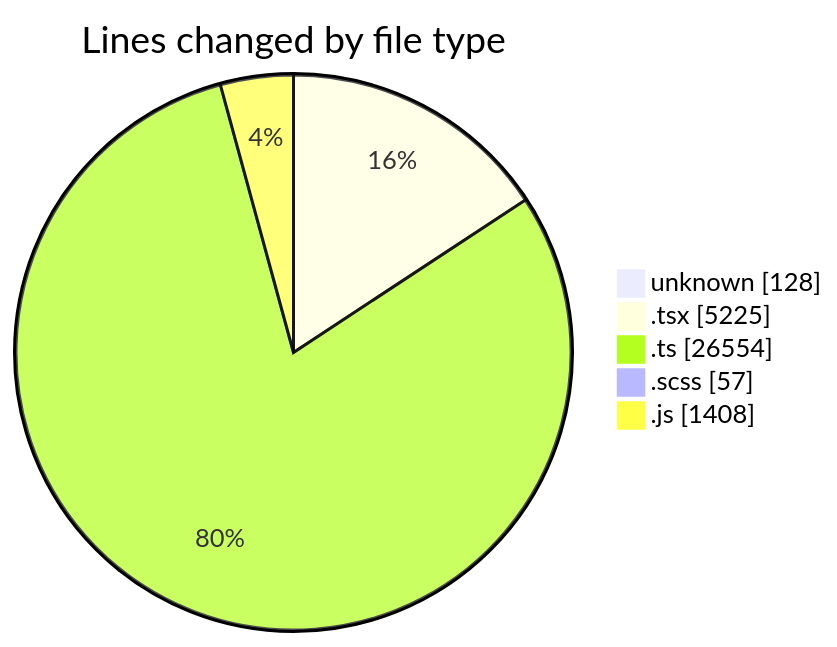
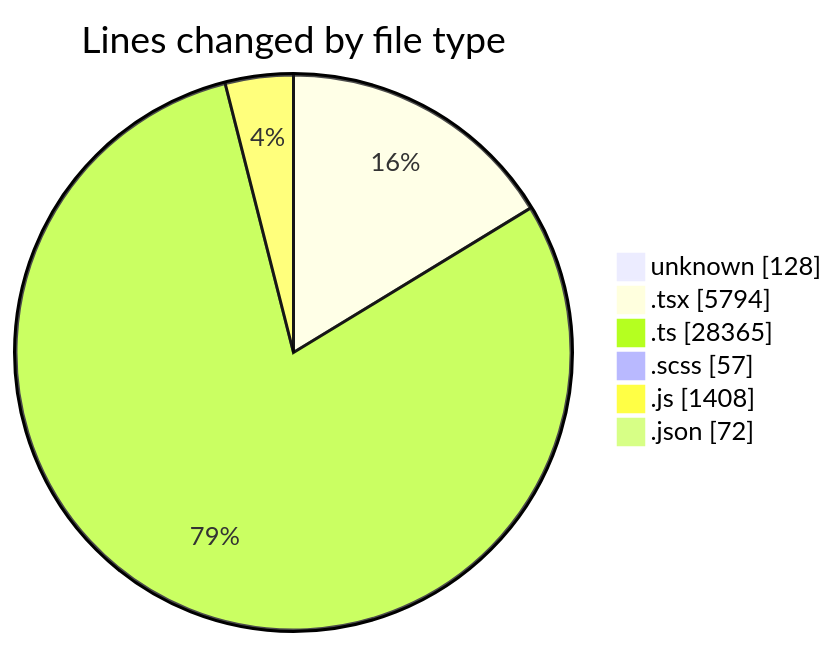
Before and after one commit to momahboobian/code-tracking: the first of 2 diagrams in 2026-09-23/cda/README.md, drawn with Mermaid. The commit also changed other lines of this file and 1 other file, not shown here.

````diff
--- a/2026-09-23/cda/README.md
+++ b/2026-09-23/cda/README.md
@@ -59,9 +60,10 @@
 ```mermaid
 pie showData
 title Lines changed by file type
 "unknown" : 128
-".tsx" : 5225
-".ts" : 26554
+".tsx" : 5794
+".ts" : 28365
 ".scss" : 57
 ".js" : 1408
+".json" : 72
 ```
````
